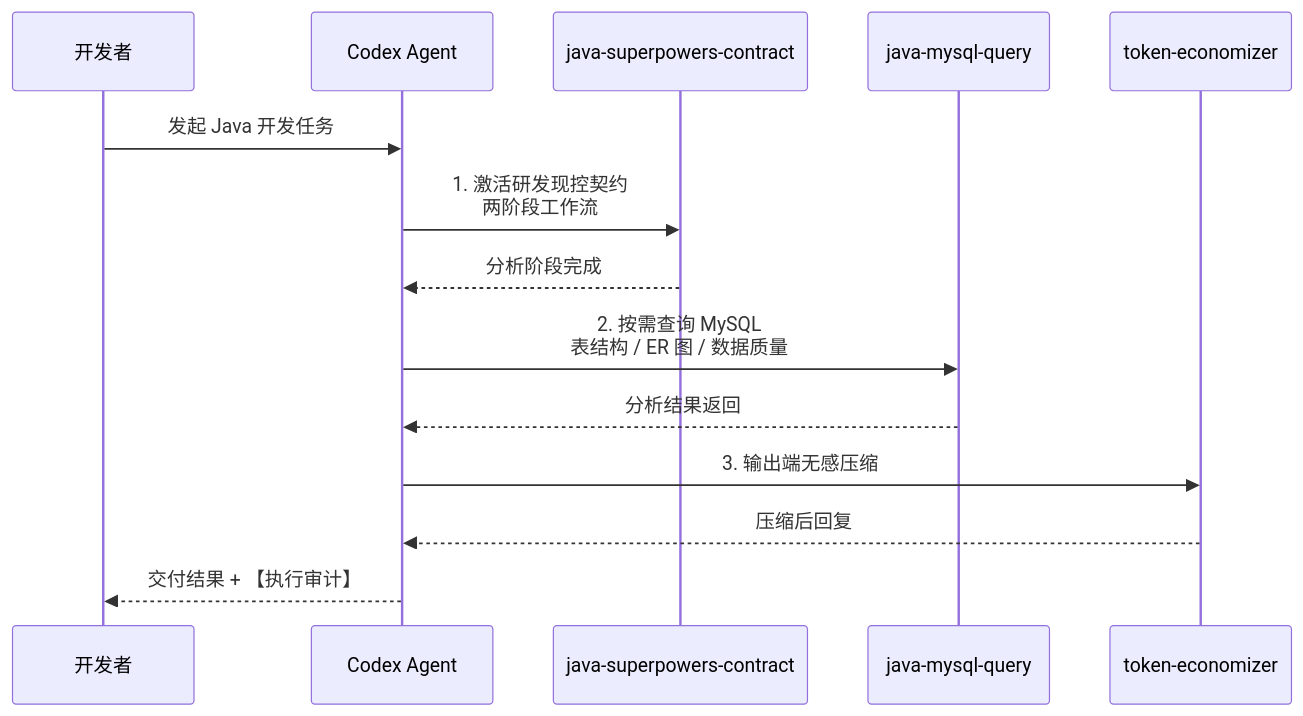
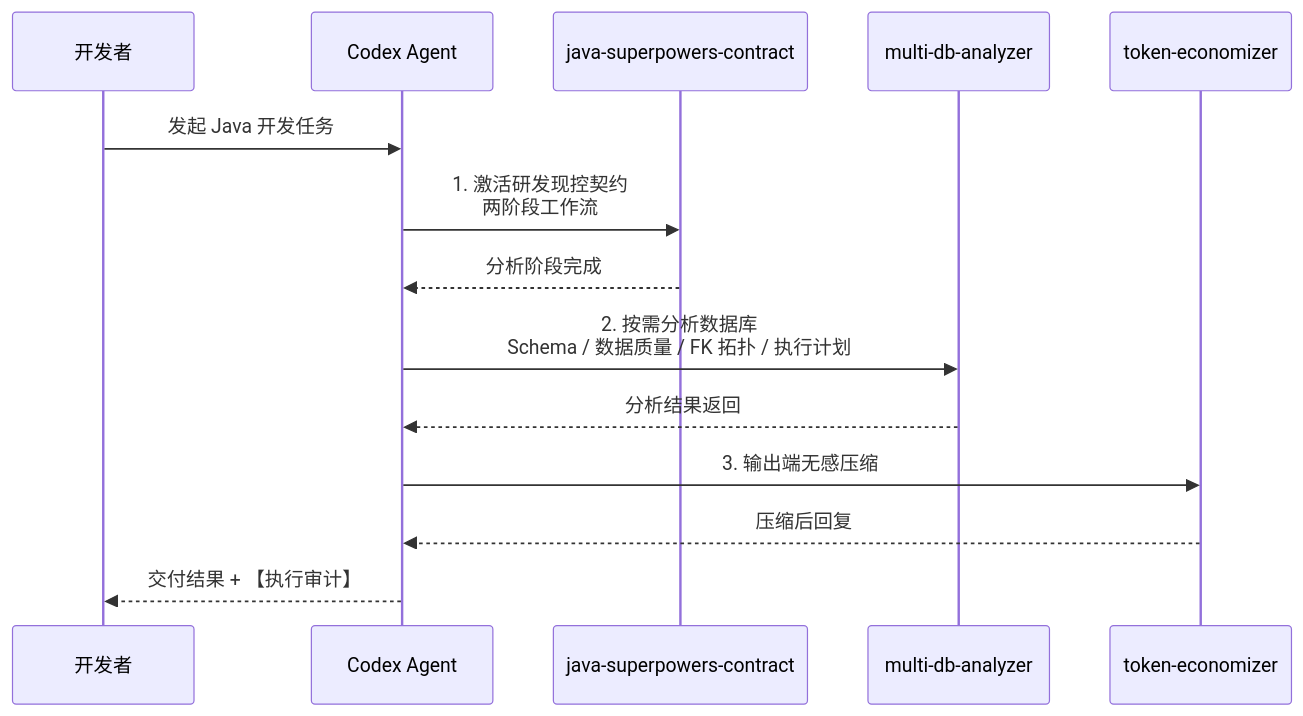
Before and after one commit to chichengyu/java-developer-skill: the first of 2 diagrams in README.md, drawn with Mermaid. The commit also changed other lines of this file and 111 other files, not shown here.

````diff
--- a/README.md
+++ b/README.md
@@ -69,17 +81,17 @@
 ```mermaid
 sequenceDiagram
     participant Dev as 开发者
     participant Codex as Codex Agent
     participant JSC as java-superpowers-contract
-    participant JMQ as java-mysql-query
+    participant MDA as multi-db-analyzer
     participant TE as token-economizer
 
     Dev->>Codex: 发起 Java 开发任务
     Codex->>JSC: 1. 激活研发现控契约<br/>两阶段工作流
     JSC-->>Codex: 分析阶段完成
-    Codex->>JMQ: 2. 按需查询 MySQL<br/>表结构 / ER 图 / 数据质量
-    JMQ-->>Codex: 分析结果返回
+    Codex->>MDA: 2. 按需分析数据库<br/>Schema / 数据质量 / FK 拓扑 / 执行计划
+    MDA-->>Codex: 分析结果返回
     Codex->>TE: 3. 输出端无感压缩
     TE-->>Codex: 压缩后回复
     Codex-->>Dev: 交付结果 + 【执行审计】
 ```
````
